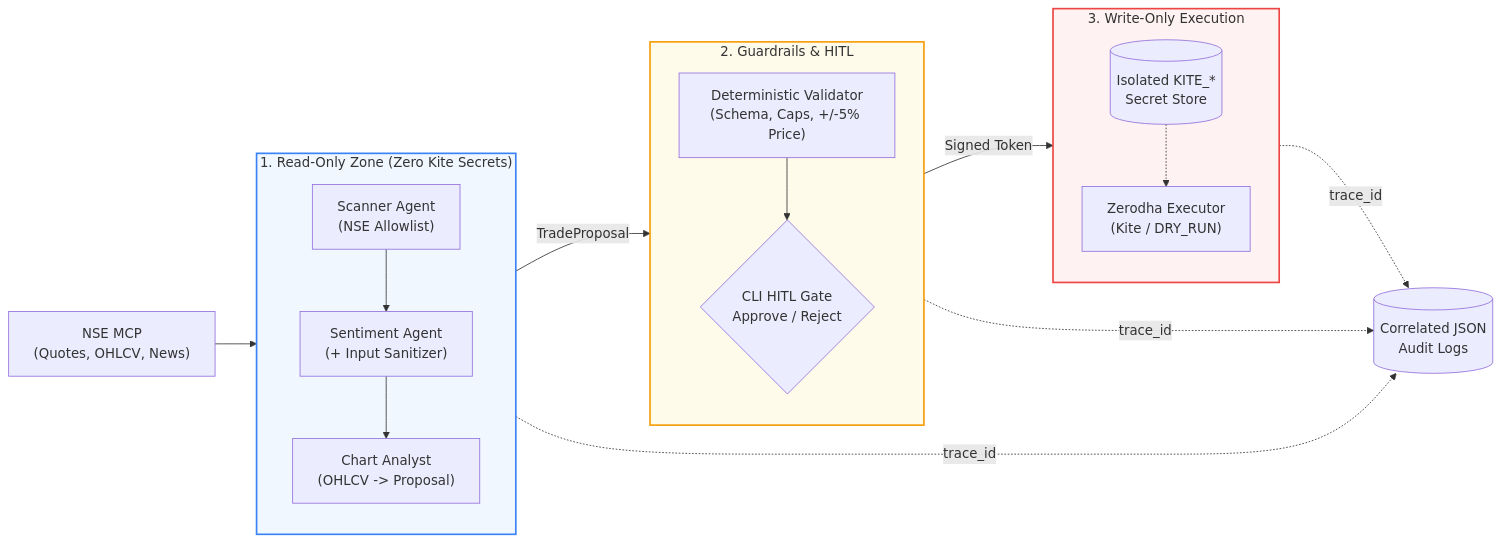
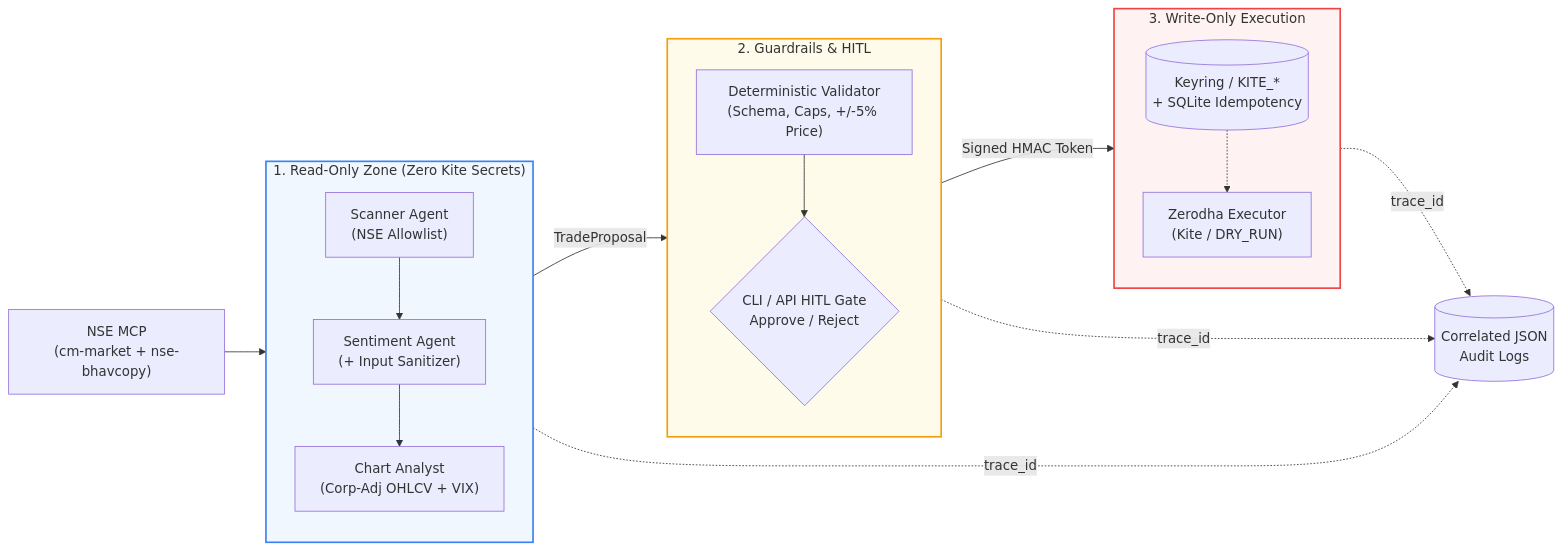
The diagram in README.md (abhin337/Multi-Agent-Trading), drawn with Mermaid before and after one commit. The commit also changed other lines of this file and 26 other files, not shown here.

Commit message:
feat: add VIX regime, corp-action OHLCV, SQLite idempotency, keyring, live-LLM evals, FastAPI services, and CI

````diff
--- a/README.md
+++ b/README.md
@@ -30,30 +18,30 @@
 ```mermaid
 flowchart LR
-    MCP["NSE MCP<br/>(Quotes, OHLCV, News)"] --> A1
+    MCP["NSE MCP<br/>(cm-market + nse-bhavcopy)"] --> A1
 
     subgraph RO["1. Read-Only Zone (Zero Kite Secrets)"]
         direction TB
         A1["Scanner Agent<br/>(NSE Allowlist)"] --> A2["Sentiment Agent<br/>(+ Input Sanitizer)"]
-        A2 --> A3["Chart Analyst<br/>(OHLCV -> Proposal)"]
+        A2 --> A3["Chart Analyst<br/>(Corp-Adj OHLCV + VIX)"]
     end
 
     subgraph GATE["2. Guardrails & HITL"]
         direction TB
-        VAL["Deterministic Validator<br/>(Schema, Caps, +/-5% Price)"] --> HITL{"CLI HITL Gate<br/>Approve / Reject"}
+        VAL["Deterministic Validator<br/>(Schema, Caps, +/-5% Price)"] --> HITL{"CLI / API HITL Gate<br/>Approve / Reject"}
     end
 
     subgraph WO["3. Write-Only Execution"]
         direction TB
-        ENV[("Isolated KITE_*<br/>Secret Store")] -.-> EXEC["Zerodha Executor<br/>(Kite / DRY_RUN)"]
+        ENV[("Keyring / KITE_*<br/>+ SQLite Idempotency")] -.-> EXEC["Zerodha Executor<br/>(Kite / DRY_RUN)"]
     end
 
     A3 -->|TradeProposal| VAL
-    HITL -->|Signed Token| EXEC
+    HITL -->|Signed HMAC Token| EXEC
     RO -.->|trace_id| OBS[("Correlated JSON<br/>Audit Logs")]
     GATE -.->|trace_id| OBS
     WO -.->|trace_id| OBS
 
     style RO fill:#f0f7ff,stroke:#3b82f6,stroke-width:2px
     style GATE fill:#fffbeb,stroke:#f59e0b,stroke-width:2px
     style WO fill:#fef2f2,stroke:#ef4444,stroke-width:2px
 ```
````
